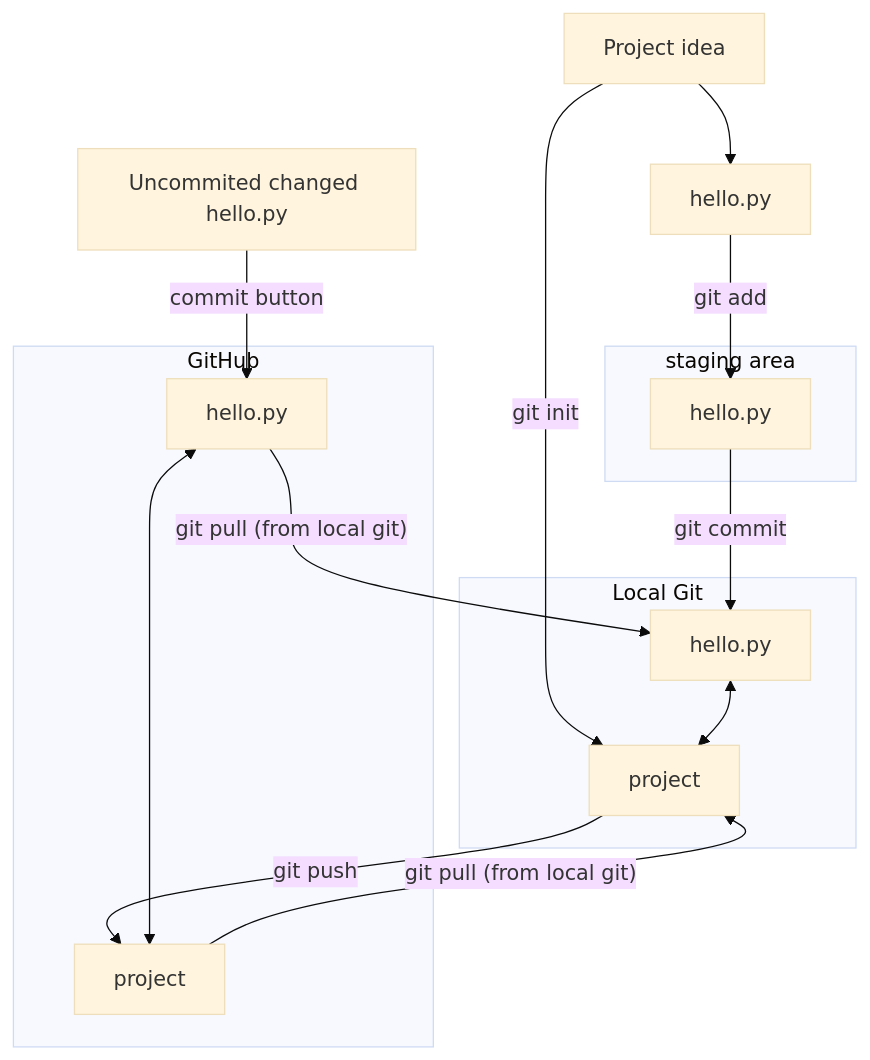
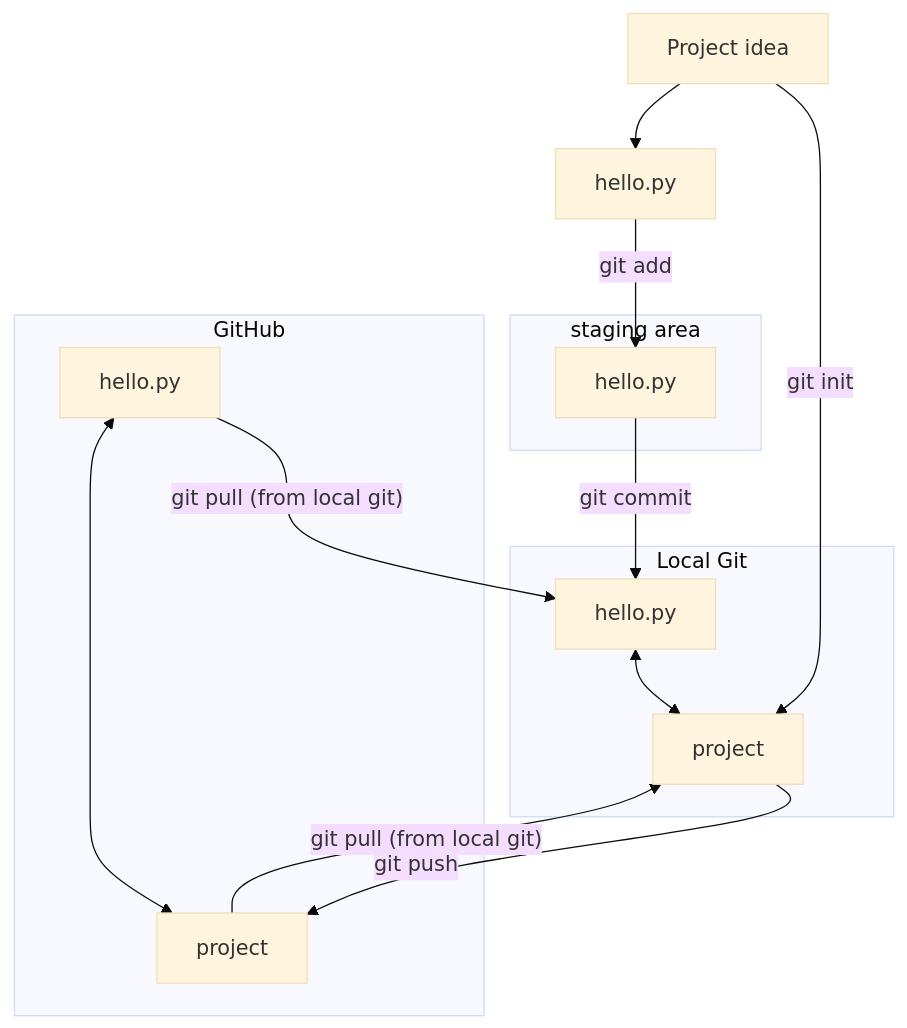
The diagram in docs/deployment/deploy.md (UPPMAX/programming_formalisms), drawn with Mermaid (base theme) before and after one commit.

Commit message:
deploy.md mermaid comment

````diff
--- a/docs/deployment/deploy.md
+++ b/docs/deployment/deploy.md
@@ -470,29 +470,29 @@
 ```mermaid
 graph TB
 
 P["Project idea"] -->|git init| Node2
 P["Project idea"] --> hello.py -->|git add| Node4
 Node4 --> |git commit| Node1
 Node2 --> |git push| Node5
 
-C[Uncommited changed hello.py] -->|commit button| R
+%% C[Uncommited changed hello.py] -->|commit button| R
 Node5 --> |"git pull (from local git)"| Node2
 R --> |"git pull (from local git)"| Node1
 R <--> Node5
        subgraph "Local Git"
         Node2[project]
         Node1[hello.py]
         Node1 <--> Node2
 
         end
 
         subgraph "staging area"
         Node4[hello.py]
         end
 
         subgraph "GitHub"
         Node5[project]
         R[hello.py]
         end
 
 ```
````
